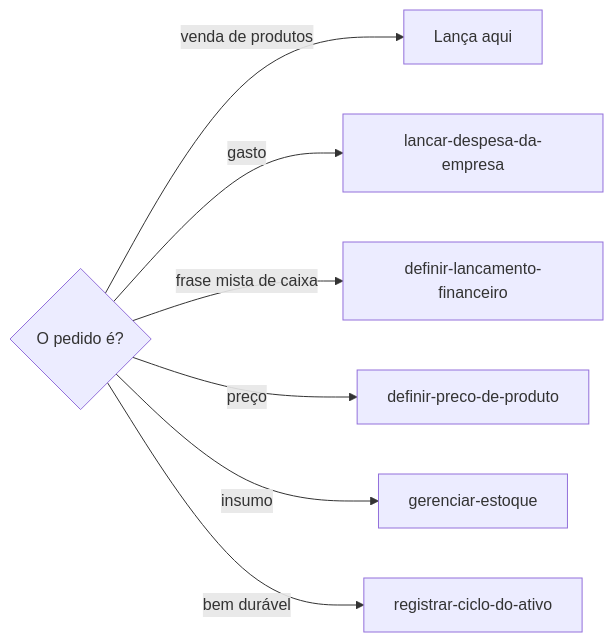
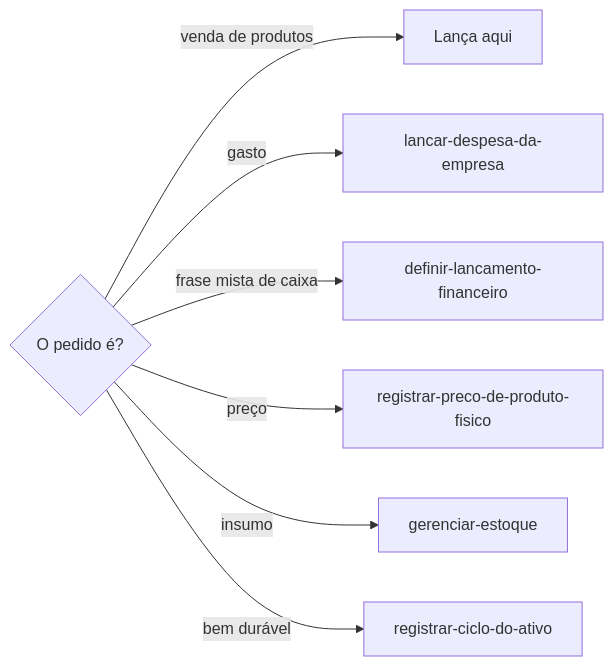
Before and after one commit to jimmyandrade/harness: the first of 2 diagrams in .agents/skills/lancar-venda/SKILL.md, drawn with Mermaid. The commit also changed other lines of this file and 12 other files, not shown here.

Commit message:
refactor(registrar-preco-de-produto-fisico): rename the price and production skills to say physical product (#1234)

````diff
--- a/.agents/skills/lancar-venda/SKILL.md
+++ b/.agents/skills/lancar-venda/SKILL.md
@@ -54,9 +54,9 @@
 ```mermaid
 flowchart LR
   Q{O pedido é?} -->|venda de produtos| A[Lança aqui]
   Q -->|gasto| D[lancar-despesa-da-empresa]
   Q -->|frase mista de caixa| L[definir-lancamento-financeiro]
-  Q -->|preço| P[definir-preco-de-produto]
+  Q -->|preço| P[registrar-preco-de-produto-fisico]
   Q -->|insumo| E[gerenciar-estoque]
   Q -->|bem durável| I[registrar-ciclo-do-ativo]
 ```
````
